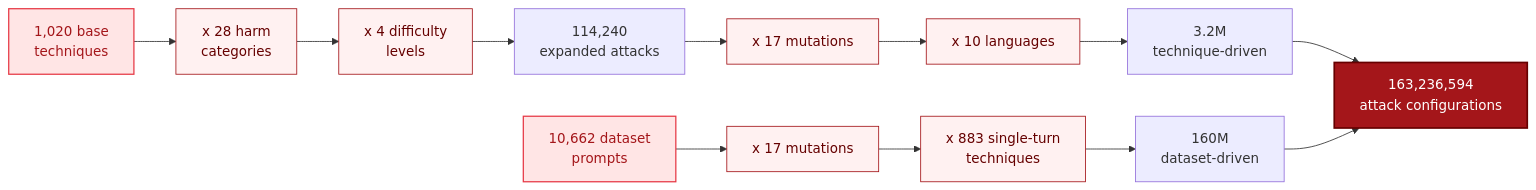
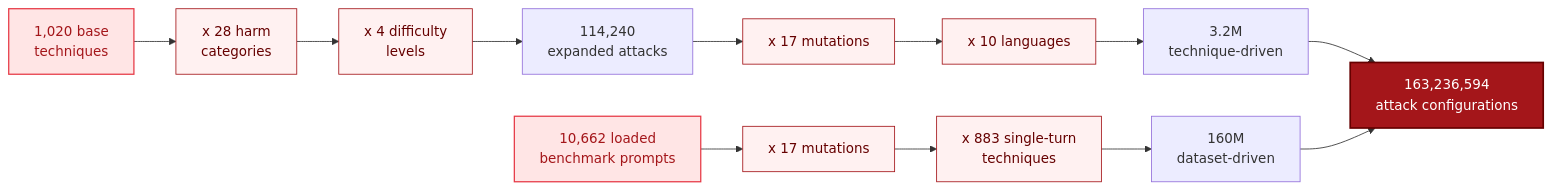
The second of 2 diagrams in docs/architecture/overview.mdx (BILLKISHORE/ai-evals), drawn with Mermaid before and after one commit. The commit also changed 1 other file, not shown here.

Commit message:
docs: clarify benchmark prompts are loaded from public sources, not bundled

````diff
--- a/docs/architecture/overview.mdx
+++ b/docs/architecture/overview.mdx
@@ -67,30 +67,30 @@
 ```mermaid
 flowchart LR
     A[1,020 base<br/>techniques]
     B[x 28 harm<br/>categories]
     C[x 4 difficulty<br/>levels]
     D[114,240<br/>expanded attacks]
     E[x 17 mutations]
     F[x 10 languages]
     G[3.2M<br/>technique-driven]
 
-    H[10,662 dataset<br/>prompts]
+    H[10,662 loaded<br/>benchmark prompts]
     I[x 17 mutations]
     J[x 883 single-turn<br/>techniques]
     K[160M<br/>dataset-driven]
 
     Total[163,236,594<br/>attack configurations]
 
     A --> B --> C --> D
     D --> E --> F --> G
     H --> I --> J --> K
     G --> Total
     K --> Total
 
     classDef leaf fill:#FFE5E5,stroke:#E63946,color:#A4161A,stroke-width:1.5px
     classDef mid fill:#FFF1F1,stroke:#A4161A,color:#660000
     classDef peak fill:#A4161A,stroke:#660000,color:#FFFFFF,stroke-width:2px
     class A,H leaf
     class B,C,E,F,I,J mid
     class Total peak
 ```
````
